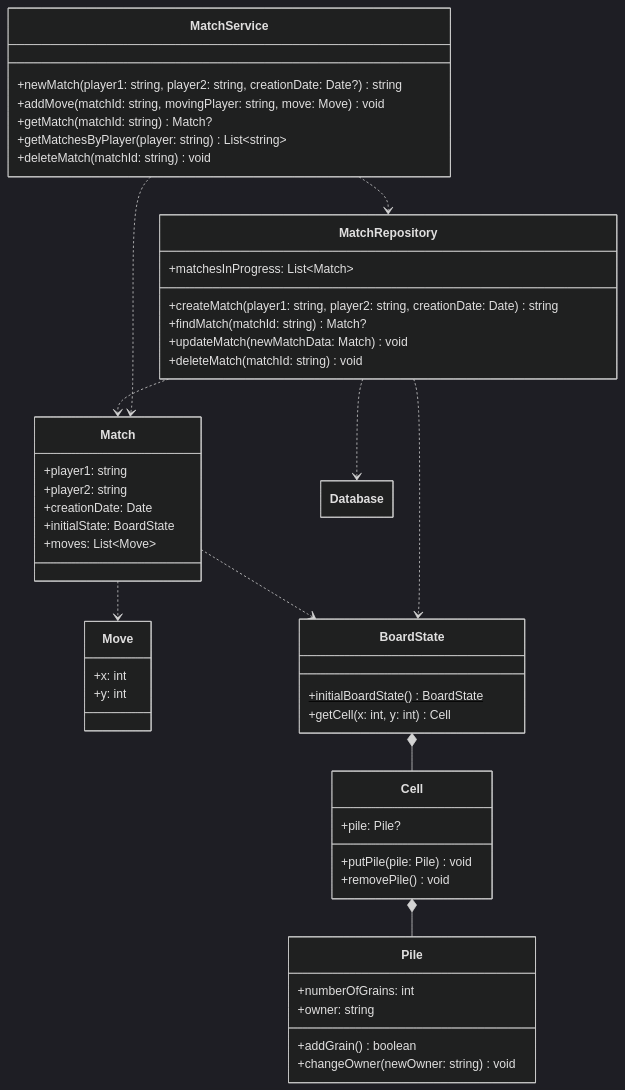
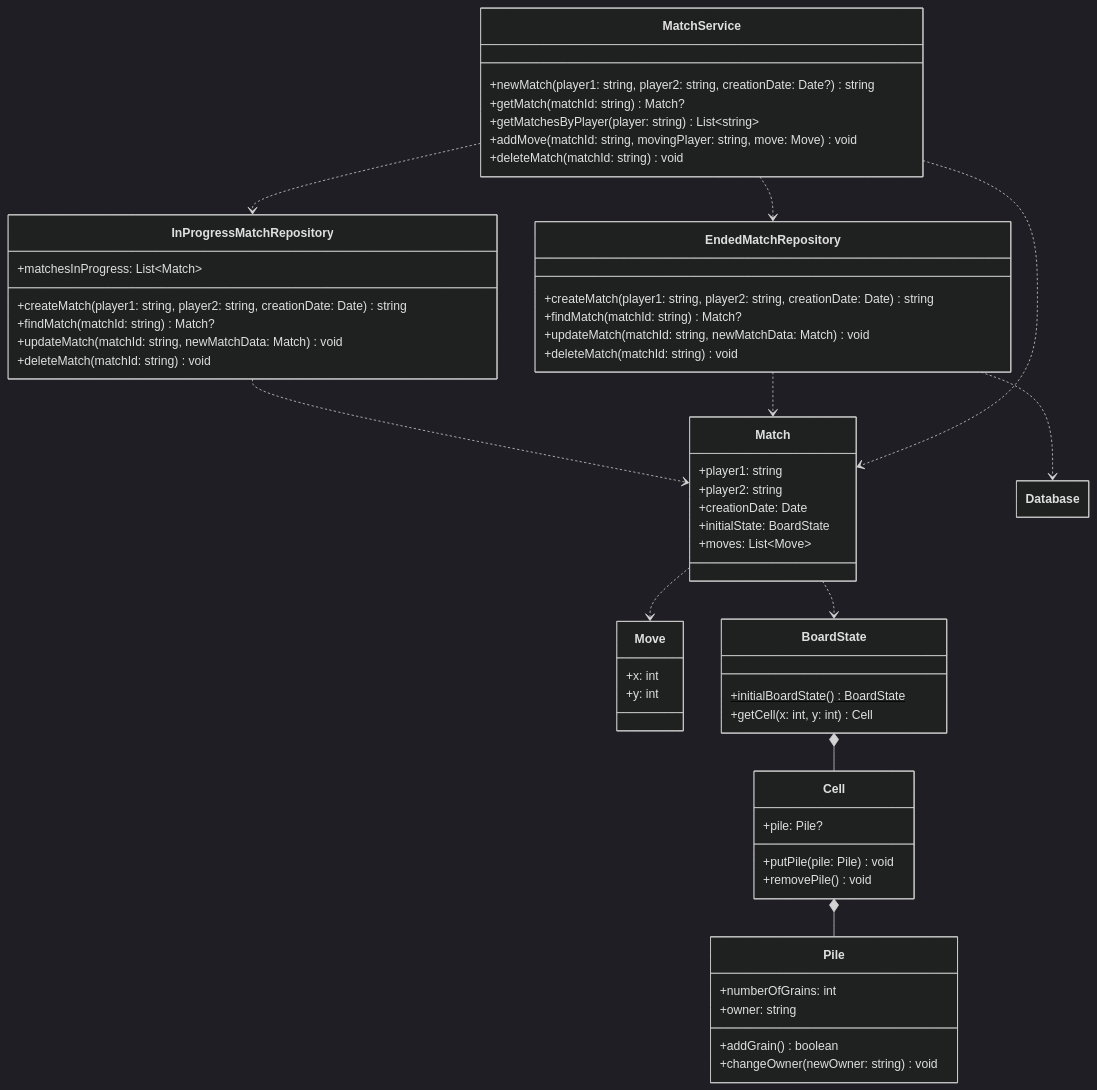
Before and after one commit to AndreaB2000/ASW-project: the diagram in docs/uml/match.md, drawn with Mermaid (dark theme).

Commit message:
docs(uml): update repositories structure

````diff
--- a/docs/uml/match.md
+++ b/docs/uml/match.md
@@ -23,38 +23,54 @@
 
     class Database
 
-    %% MatchRepository contains the list of all matches that started but are not finished (or abandoned). The system keeps these matches "volatile", to avoid massive accesses to the database, and accepting the fact that these matches wuold be lost if the server fails.
-    class MatchRepository {
-        %% A list containing all matches that started but are not finished (or abandoned).
+    %% InProgressMatchRepository contains the list of all matches that started but are not finished (or abandoned). The system keeps these matches "volatile", to avoid massive accesses to the database, and accepting the fact that these matches wuold be lost if the server fails.
+    class InProgressMatchRepository {
+        %% A list containing all matches in progress
         +matchesInProgress: List~Match~
 
-        %% Creates a match inside matchesInProgress.
+        %% Creates a new match
         +createMatch(player1: string, player2: string, creationDate: Date) string
 
-        %% Returns a match with the given ID, searching in both the DB and the list of matches in progress.
+        %% Returns a match with the given ID
         +findMatch(matchId: string) Match?
 
-        %% Updates the state of a match saved inside the list of matches in progress (an ended match, saved in the DB, can't be updated).
-        +updateMatch(newMatchData: Match) void
+        %% Updates the state of a match
+        +updateMatch(matchId: string, newMatchData: Match) void
 
-        %% Deletes a match with the given ID, whether it is in the DB or in the list of matches in progress.
+        %% Deletes a match with the given ID
         +deleteMatch(matchId: string) void
     }
 
-    %% MatchesService expose higher-level functionalities, and it is transparent to the matches saving logic.
+
+    %% EndedMatchRepository handles ended matches, to be saved on the database.
+    class EndedMatchRepository {
+        %% Creates a new match
+        +createMatch(player1: string, player2: string, creationDate: Date) string
+
+        %% Returns a match with the given ID
+        +findMatch(matchId: string) Match?
+
+        %% Updates the state of a match
+        +updateMatch(matchId: string, newMatchData: Match) void
+
+        %% Deletes a match with the given ID
+        +deleteMatch(matchId: string) void
+    }
+
+    %% MatchesService expose higher-level functionalities, and it handles the matches saving logic.
     class MatchService {
 
         %% Creates a new match, returns its ID
         +newMatch(player1: string, player2: string, creationDate: Date?) string
-
-        %% Adds a move only if the provided player can make it
-        +addMove(matchId: string, movingPlayer: string, move: Move) void
 
         %% Gets a match with the given ID, if it exists
         +getMatch(matchId: string) Match?
 
         %% Returns a list of match IDs
         +getMatchesByPlayer(player: string) List~string~
+
+        %% Adds a move only if the provided player can make it
+        +addMove(matchId: string, movingPlayer: string, move: Move) void
 
         %% Deletes a match
         +deleteMatch(matchId: string) void
@@ -85,13 +101,14 @@
         +changeOwner(newOwner: string) void
     }
 
-    MatchRepository ..> Database
-    MatchService ..> MatchRepository
-    MatchRepository ..> Match
+    EndedMatchRepository ..> Database
+    MatchService ..> InProgressMatchRepository
+    MatchService ..> EndedMatchRepository
+    InProgressMatchRepository ..> Match
+    EndedMatchRepository ..> Match
     MatchService ..> Match
     Match ..> Move
     Match ..> BoardState
-    MatchRepository ..> BoardState
     BoardState *-- Cell
     Cell *-- Pile
 ```
````
